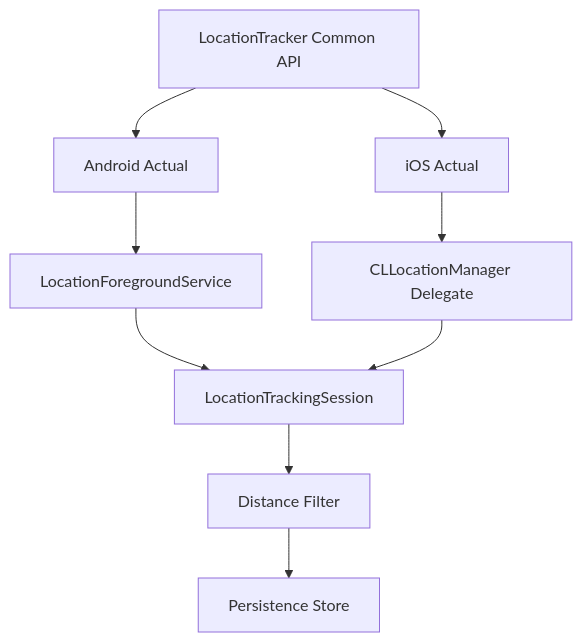
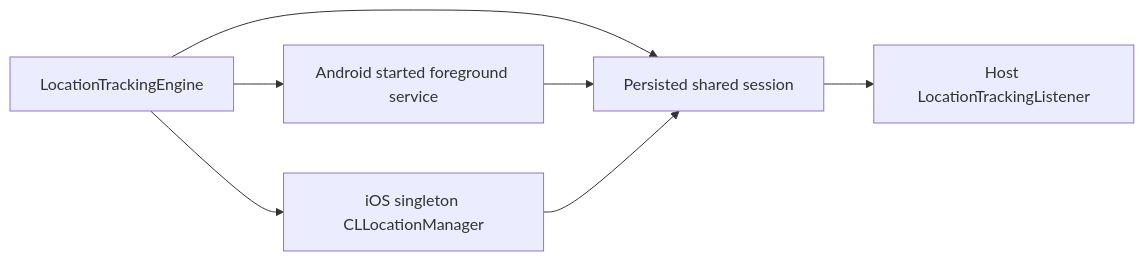
Before and after one commit to kabindra-shrestha/Location-Tracker-KMP: the diagram in location-tracker/TECHNICAL_DOCS.md, drawn with Mermaid. The commit also changed other lines of this file and 26 other files, not shown here.

Commit message:
Fixes for background location tracking

````diff
--- a/location-tracker/TECHNICAL_DOCS.md
+++ b/location-tracker/TECHNICAL_DOCS.md
@@ -9,10 +7,9 @@
 ```mermaid
-graph TD
-    A[LocationTracker Common API] --> B[Android Actual]
-    A --> C[iOS Actual]
-    B --> D[LocationForegroundService]
-    C --> E[CLLocationManager Delegate]
-    D & E --> F[LocationTrackingSession]
-    F --> G[Distance Filter]
-    G --> H[Persistence Store]
+flowchart LR
+    A[LocationTrackingEngine] --> B[Persisted shared session]
+    A --> C[Android started foreground service]
+    A --> D[iOS singleton CLLocationManager]
+    C --> B
+    D --> B
+    B --> E[Host LocationTrackingListener]
 ```
````
